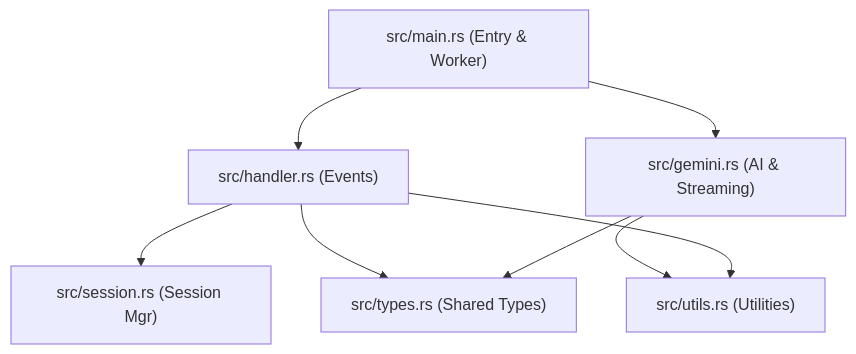
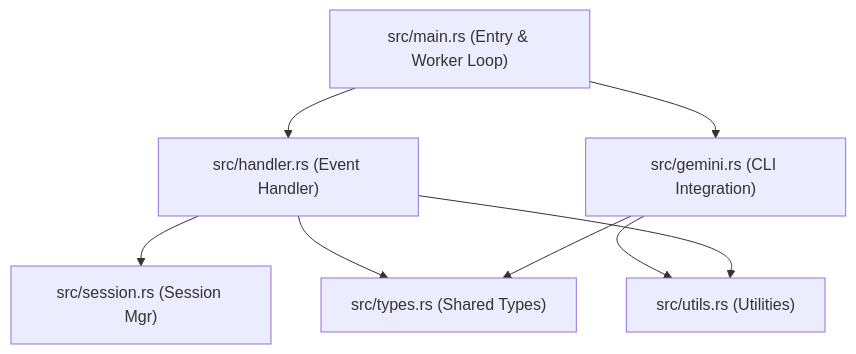
One commit to canejune/DiscordBot changed the first of 2 diagrams in docs/architecture.md. Above: the diagram before and after it, drawn with Mermaid. The commit also changed other lines of this file, not shown here.

Commit message:
docs: update architecture.md to reflect current implementation and processing flow

````diff
--- a/docs/architecture.md
+++ b/docs/architecture.md
@@ -9,10 +9,10 @@
 ```mermaid
 graph TD
-    Main["src/main.rs (Entry & Worker)"] --> Handler["src/handler.rs (Events)"]
-    Main --> Gemini["src/gemini.rs (AI & Streaming)"]
+    Main["src/main.rs (Entry & Worker Loop)"] --> Handler["src/handler.rs (Event Handler)"]
+    Main --> Gemini["src/gemini.rs (CLI Integration)"]
     Handler --> Session["src/session.rs (Session Mgr)"]
     Handler --> Types["src/types.rs (Shared Types)"]
     Gemini --> Utils["src/utils.rs (Utilities)"]
+    Gemini --> Types
     Handler --> Utils
-    Gemini --> Types
 ```
````
